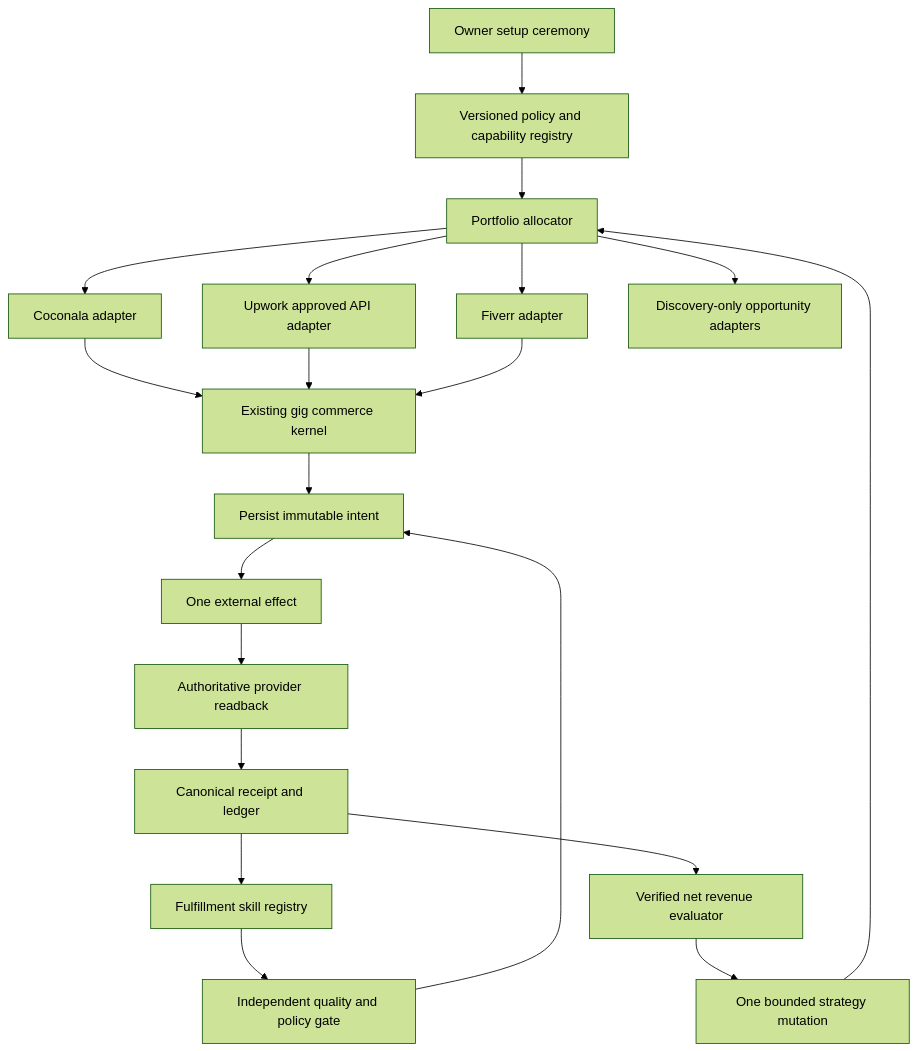
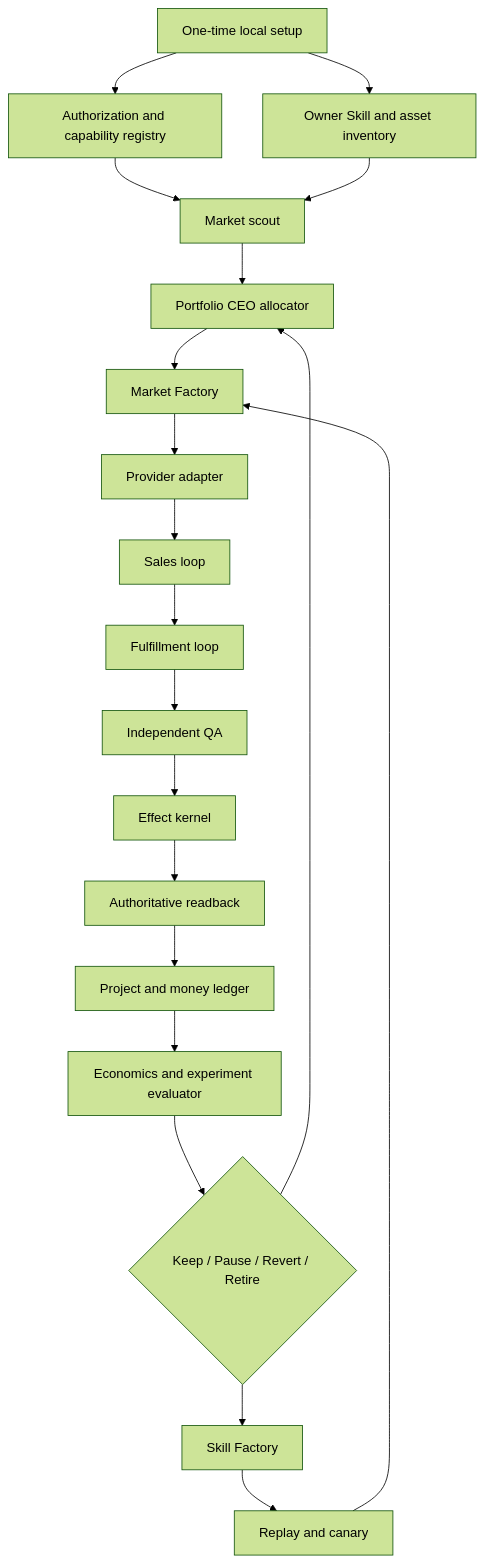
Before and after one commit to Daisuke134/anicca: the first of 3 diagrams in docs/superpowers/specs/2026-08-22-life-manager-gig-economy-loop-design.md, drawn with Mermaid (forest theme). The commit also changed other lines of this file and 1 other file, not shown here.

Commit message:
docs(gig): define full open-source money loop

````diff
--- a/docs/superpowers/specs/2026-08-22-life-manager-gig-economy-loop-design.md
+++ b/docs/superpowers/specs/2026-08-22-life-manager-gig-economy-loop-design.md
@@ -107,26 +187,24 @@
 ```mermaid
 flowchart TD
-  O[Owner setup ceremony] --> P[Versioned policy and capability registry]
-  P --> A[Portfolio allocator]
-  A --> M1[Coconala adapter]
-  A --> M2[Upwork approved API adapter]
-  A --> M3[Fiverr adapter]
-  A --> D[Discovery-only opportunity adapters]
+  U[One-time local setup] --> AR[Authorization and capability registry]
+  U --> SI[Owner Skill and asset inventory]
+  AR --> SC[Market scout]
+  SI --> SC
 
-  M1 --> K[Existing gig commerce kernel]
-  M2 --> K
-  M3 --> K
+  SC --> CEO[Portfolio CEO allocator]
+  CEO --> MF[Market Factory]
+  MF --> PA[Provider adapter]
+  PA --> SALES[Sales loop]
+  SALES --> WORK[Fulfillment loop]
+  WORK --> QA[Independent QA]
+  QA --> EK[Effect kernel]
+  EK --> RB[Authoritative readback]
+  RB --> LEDGER[Project and money ledger]
 
-  K --> I[Persist immutable intent]
-  I --> E[One external effect]
-  E --> R[Authoritative provider readback]
-  R --> C[Canonical receipt and ledger]
-
-  C --> F[Fulfillment skill registry]
-  F --> Q[Independent quality and policy gate]
-  Q --> I
-
-  C --> V[Verified net revenue evaluator]
-  V --> X[One bounded strategy mutation]
-  X --> A
+  LEDGER --> EVAL[Economics and experiment evaluator]
+  EVAL --> PROMOTE{Keep / Pause / Revert / Retire}
+  PROMOTE --> CEO
+  PROMOTE --> SF[Skill Factory]
+  SF --> REPLAY[Replay and canary]
+  REPLAY --> MF
 ```
````
